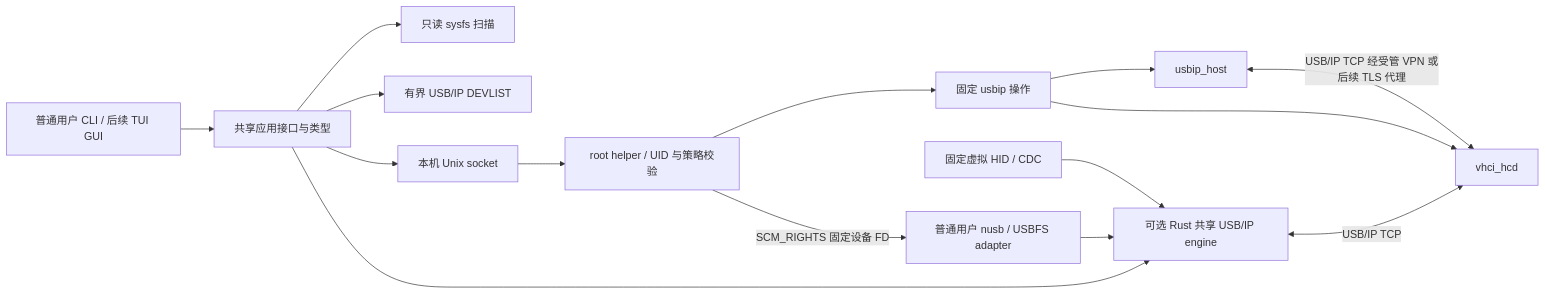
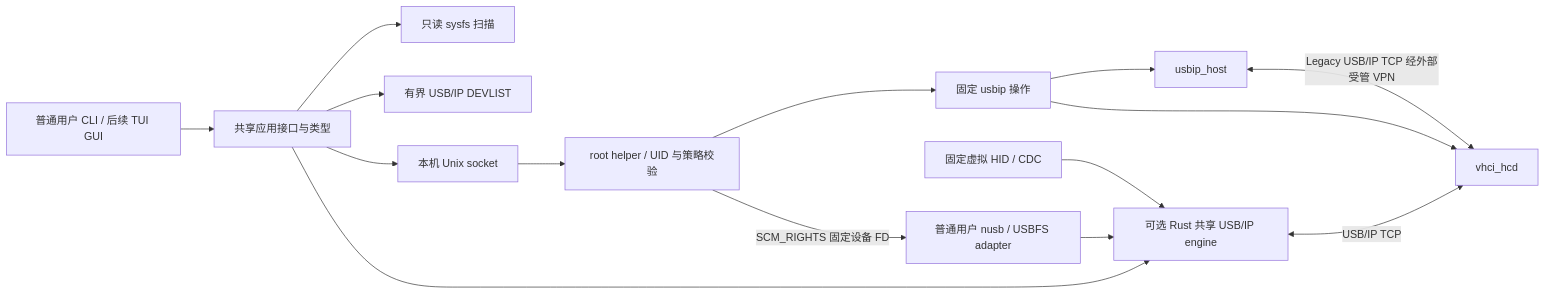
One commit to tiansongyu/usbip-client changed the diagram in docs/architecture.md. Above: the diagram before and after it, drawn with Mermaid. The commit also changed other lines of this file and 1544 other files, not shown here.

````diff
--- a/docs/architecture.md
+++ b/docs/architecture.md
@@ -9,17 +9,17 @@
 ```mermaid
 flowchart LR
   CLI[普通用户 CLI / 后续 TUI GUI] --> Core[共享应用接口与类型]
   Core --> Scan[只读 sysfs 扫描]
   Core --> List[有界 USB/IP DEVLIST]
   Core --> IPC[本机 Unix socket]
   IPC --> Helper[root helper / UID 与策略校验]
   Helper --> Native[固定 usbip 操作]
   Native --> Host[usbip_host]
   Native --> VHCI[vhci_hcd]
-  Host <-->|USB/IP TCP 经受管 VPN 或后续 TLS 代理| VHCI
+  Host <-->|Legacy USB/IP TCP 经外部受管 VPN| VHCI
   Core --> Rust[可选 Rust 共享 USB/IP engine]
   Rust <-->|USB/IP TCP| VHCI
   Virtual[固定虚拟 HID / CDC] --> Rust
   Helper -->|SCM_RIGHTS 固定设备 FD| Physical[普通用户 nusb / USBFS adapter]
   Physical --> Rust
 ```
````
